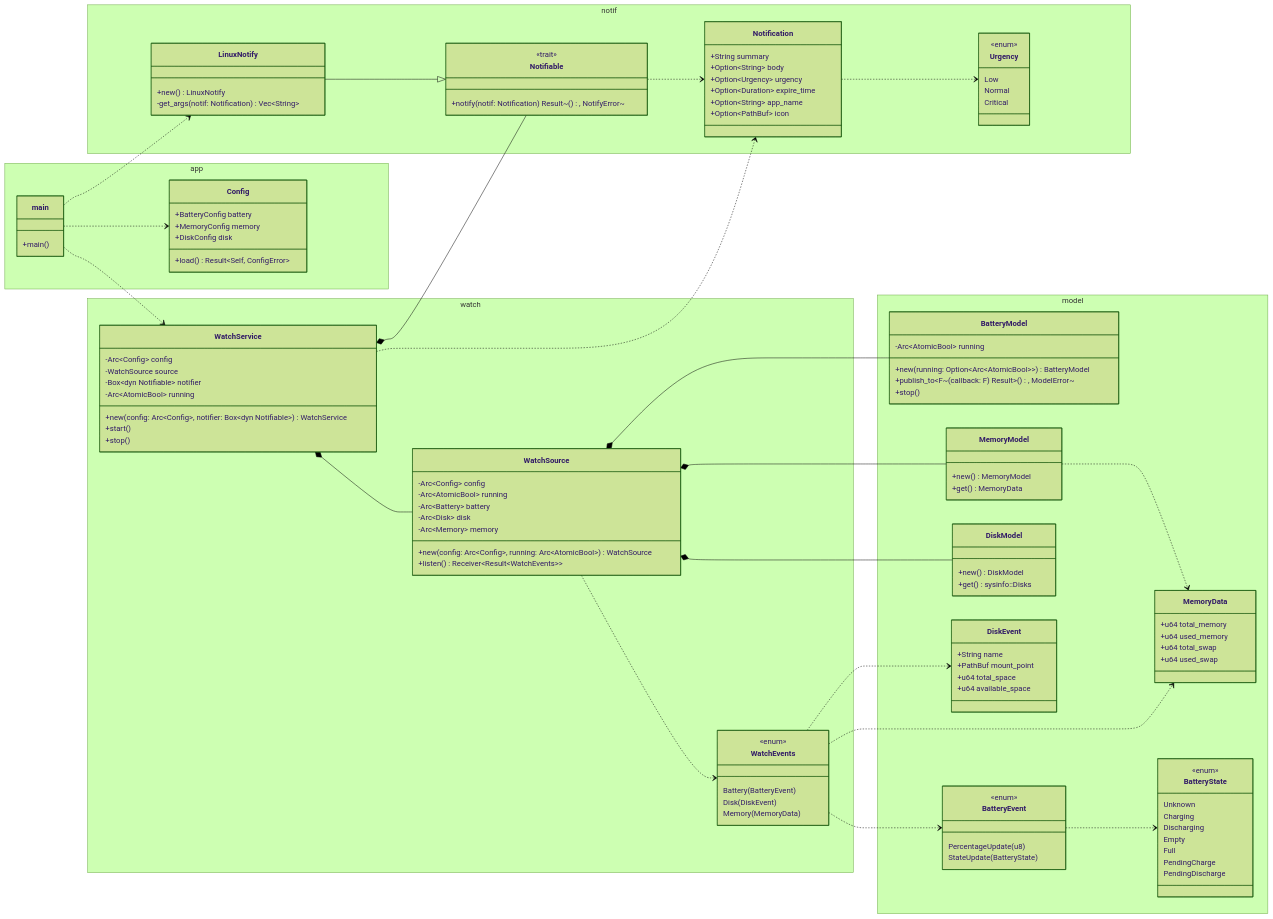
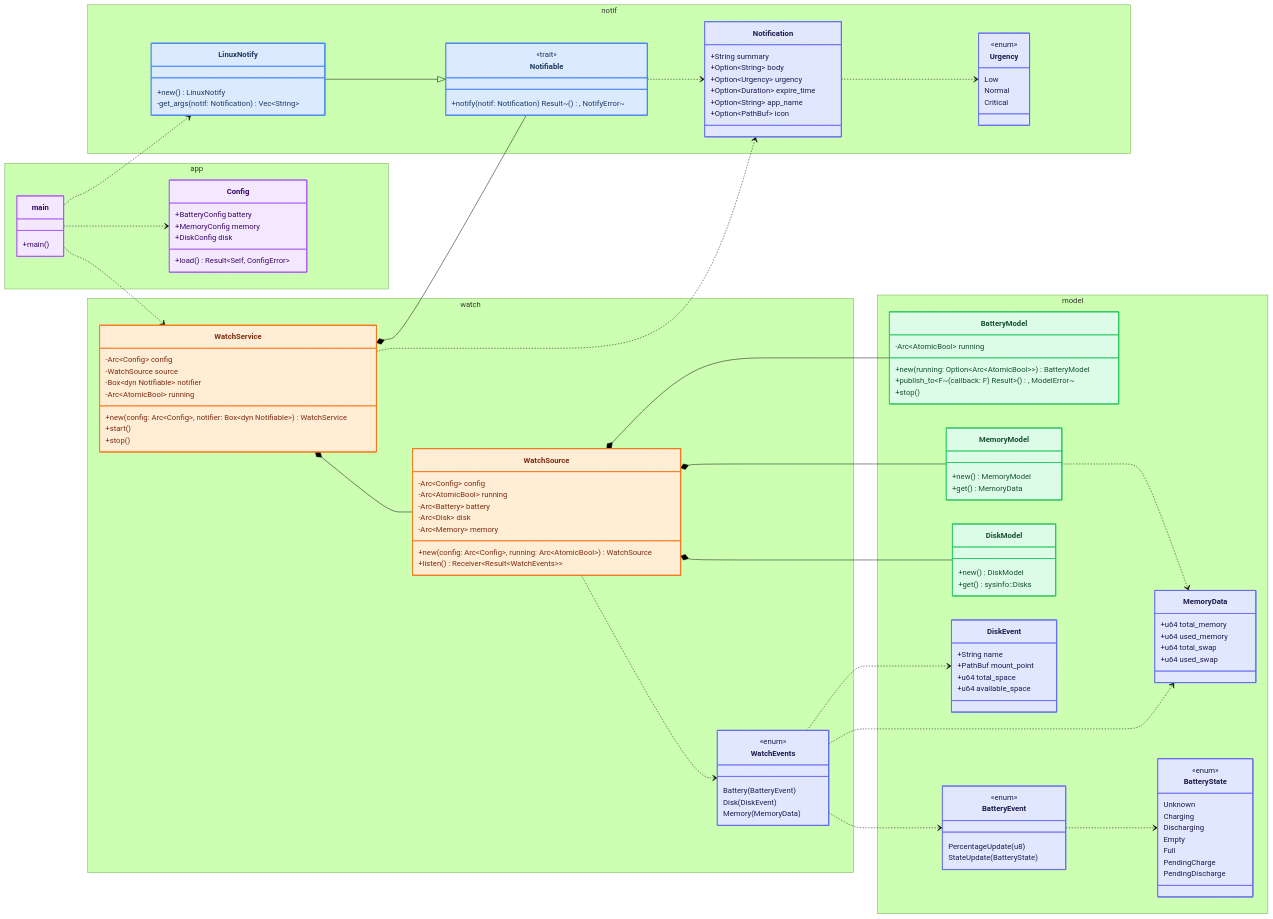
One commit to FAZuH/vigilance changed the diagram in docs/diagrams/class-diagram.mmd. Above: the diagram before and after it, drawn with Mermaid (forest theme). The commit also changed 1 other file, not shown here.

Commit message:
docs: improve class diagram styling [skip ci]

```diff
--- a/docs/diagrams/class-diagram.mmd
+++ b/docs/diagrams/class-diagram.mmd
@@ -1,133 +1,139 @@
 ---
 config:
   class:
     hideEmptyMembersBox: true
 ---
 classDiagram
     direction LR
 
     namespace notif {
-        class Notifiable {
+        class Notifiable:::infra {
             <<trait>>
             +notify(notif: Notification) Result~(), NotifyError~
         }
-        class Notification {
+        class Notification:::entity {
             +String summary
             +Option~String~ body
             +Option~Urgency~ urgency
             +Option~Duration~ expire_time
             +Option~String~ app_name
             +Option~PathBuf~ icon
         }
-        class Urgency {
+        class Urgency:::entity {
             <<enum>>
             Low
             Normal
             Critical
         }
-        class LinuxNotify {
+        class LinuxNotify:::infra {
             +new() LinuxNotify
             -get_args(notif: Notification) Vec~String~
         }
     }
     LinuxNotify --|> Notifiable
     Notification ..> Urgency
     Notifiable ..> Notification
 
     namespace model {
-        class MemoryData {
+        class MemoryData:::entity {
             +u64 total_memory
             +u64 used_memory
             +u64 total_swap
             +u64 used_swap
         }
-        class BatteryModel {
+        class BatteryModel:::domain {
             -Arc~AtomicBool~ running
             +new(running: Option~Arc~AtomicBool~~) BatteryModel
             +publish_to~F~(callback: F) Result~(), ModelError~
             +stop()
         }
-        class BatteryEvent {
+        class BatteryEvent:::entity {
             <<enum>>
             PercentageUpdate(u8)
             StateUpdate(BatteryState)
         }
-        class BatteryState {
+        class BatteryState:::entity {
             <<enum>>
             Unknown
             Charging
             Discharging
             Empty
             Full
             PendingCharge
             PendingDischarge
         }
-        class DiskModel {
+        class DiskModel:::domain {
             +new() DiskModel
             +get() sysinfo::Disks
         }
-        class DiskEvent {
+        class DiskEvent:::entity {
             +String name
             +PathBuf mount_point
             +u64 total_space
             +u64 available_space
         }
-        class MemoryModel {
+        class MemoryModel:::domain {
             +new() MemoryModel
             +get() MemoryData
         }
     }
     MemoryModel ..> MemoryData
     BatteryEvent ..> BatteryState
 
     namespace watch {
-        class WatchSource {
+        class WatchSource:::service {
             -Arc~Config~ config
             -Arc~AtomicBool~ running
             -Arc~Battery~ battery
             -Arc~Disk~ disk
             -Arc~Memory~ memory
             +new(config: Arc~Config~, running: Arc~AtomicBool~) WatchSource
             +listen() Receiver~Result~WatchEvents~~
         }
-        class WatchEvents {
+        class WatchEvents:::entity {
             <<enum>>
             Battery(BatteryEvent)
             Disk(DiskEvent)
             Memory(MemoryData)
         }
-        class WatchService {
+        class WatchService:::service {
             -Arc~Config~ config
             -WatchSource source
             -Box~dyn Notifiable~ notifier
             -Arc~AtomicBool~ running
             +new(config: Arc~Config~, notifier: Box~dyn Notifiable~) WatchService
             +start()
             +stop()
         }
     }
     WatchService *-- WatchSource
     WatchService *-- Notifiable
     WatchService ..> Notification
     WatchSource *-- BatteryModel
     WatchSource *-- DiskModel
     WatchSource *-- MemoryModel
     WatchSource ..> WatchEvents
     WatchEvents ..> BatteryEvent
     WatchEvents ..> DiskEvent
     WatchEvents ..> MemoryData
 
     namespace app {
-        class main {
+        class main:::app {
             +main()
         }
-        class Config {
+        class Config:::app {
             +BatteryConfig battery
             +MemoryConfig memory
             +DiskConfig disk
             +load() Result~Self, ConfigError~
         }
     }
     main ..> WatchService
     main ..> Config
     main ..> LinuxNotify
+
+    classDef infra fill:#dbeafe,stroke:#3b82f6,color:#1e3a5f,stroke-width:1.5px
+    classDef domain fill:#dcfce7,stroke:#22c55e,color:#14532d,stroke-width:1.5px
+    classDef service fill:#ffedd5,stroke:#f97316,color:#7c2d12,stroke-width:1.5px
+    classDef app fill:#f3e8ff,stroke:#a855f7,color:#3b0764,stroke-width:1.5px
+    classDef entity fill:#e0e7ff,stroke:#6366f1,color:#1e1b4b,stroke-width:1.5px
```
